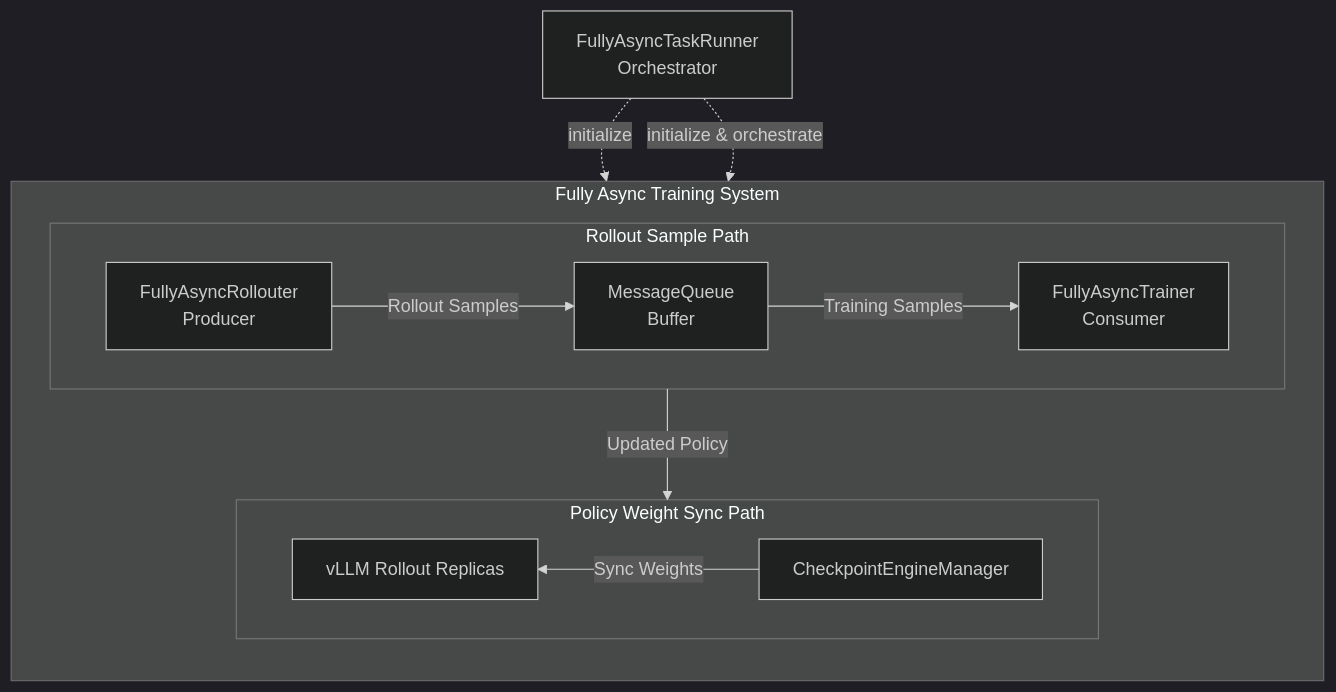
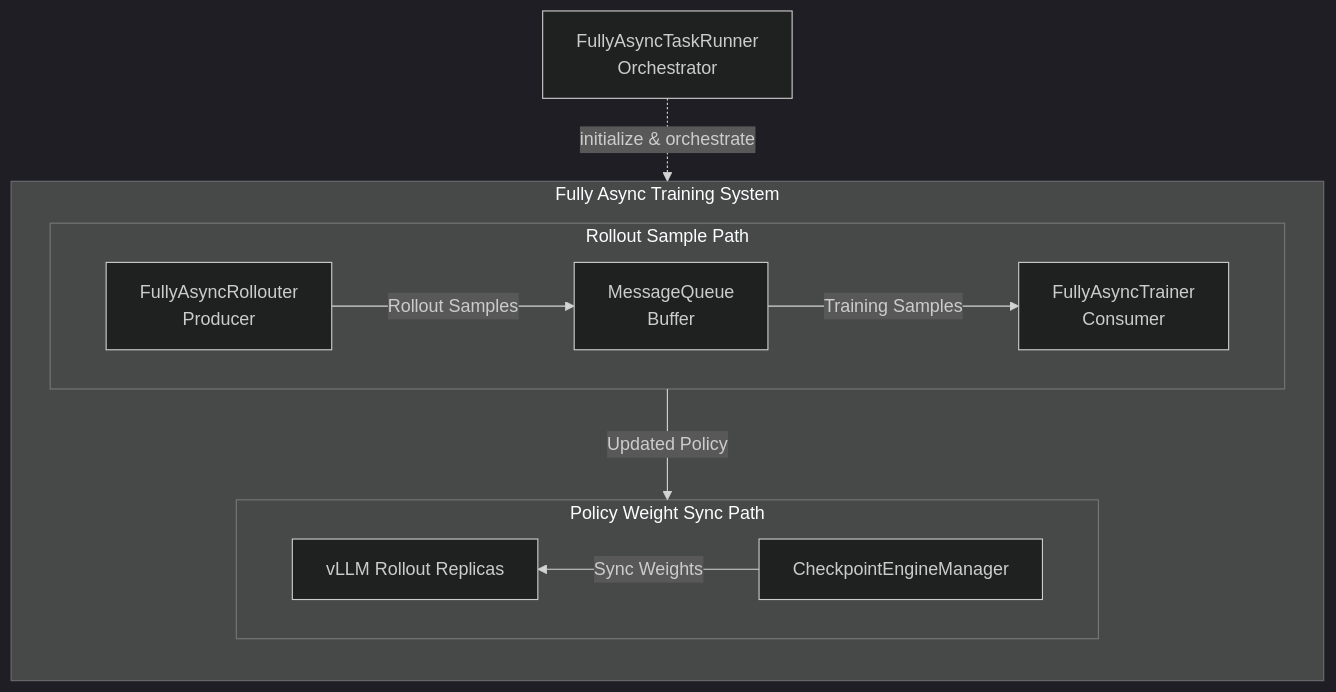
Before and after one commit to Vivicai1005/verl-rocm-tutorials: the second of 4 diagrams in fully_async_code_walkthrough.md, drawn with Mermaid (dark theme). The commit also changed other lines of this file, not shown here.

Commit message:
Enhance documentation on Ray and FullyAsyncRollouter
Added explanation of Ray framework and its task model, including producer-consumer pattern.

````diff
--- a/fully_async_code_walkthrough.md
+++ b/fully_async_code_walkthrough.md
@@ -91,34 +91,33 @@
 ```mermaid
 flowchart TB
 
     Runner["FullyAsyncTaskRunner<br/>Orchestrator"]
 
     subgraph AsyncSystem["Fully Async Training System"]
         direction TB
 
         subgraph SampleFlow["Rollout Sample Path"]
             direction LR
 
             R["FullyAsyncRollouter<br/>Producer"]
             MQ["MessageQueue<br/>Buffer"]
             T["FullyAsyncTrainer<br/>Consumer"]
 
             R -->|"Rollout Samples"| MQ
             MQ -->|"Training Samples"| T
         end
 
         subgraph WeightFlow["Policy Weight Sync Path"]
             direction RL
 
             V["vLLM Rollout Replicas"]
             CE["CheckpointEngineManager"]
 
             CE -->|"Sync Weights"| V
         end
 
         SampleFlow -->|"Updated Policy"| WeightFlow
     end
 
     Runner -. "initialize & orchestrate" .-> AsyncSystem
-    Runner -. "initialize" .-> CE
 ```
````
